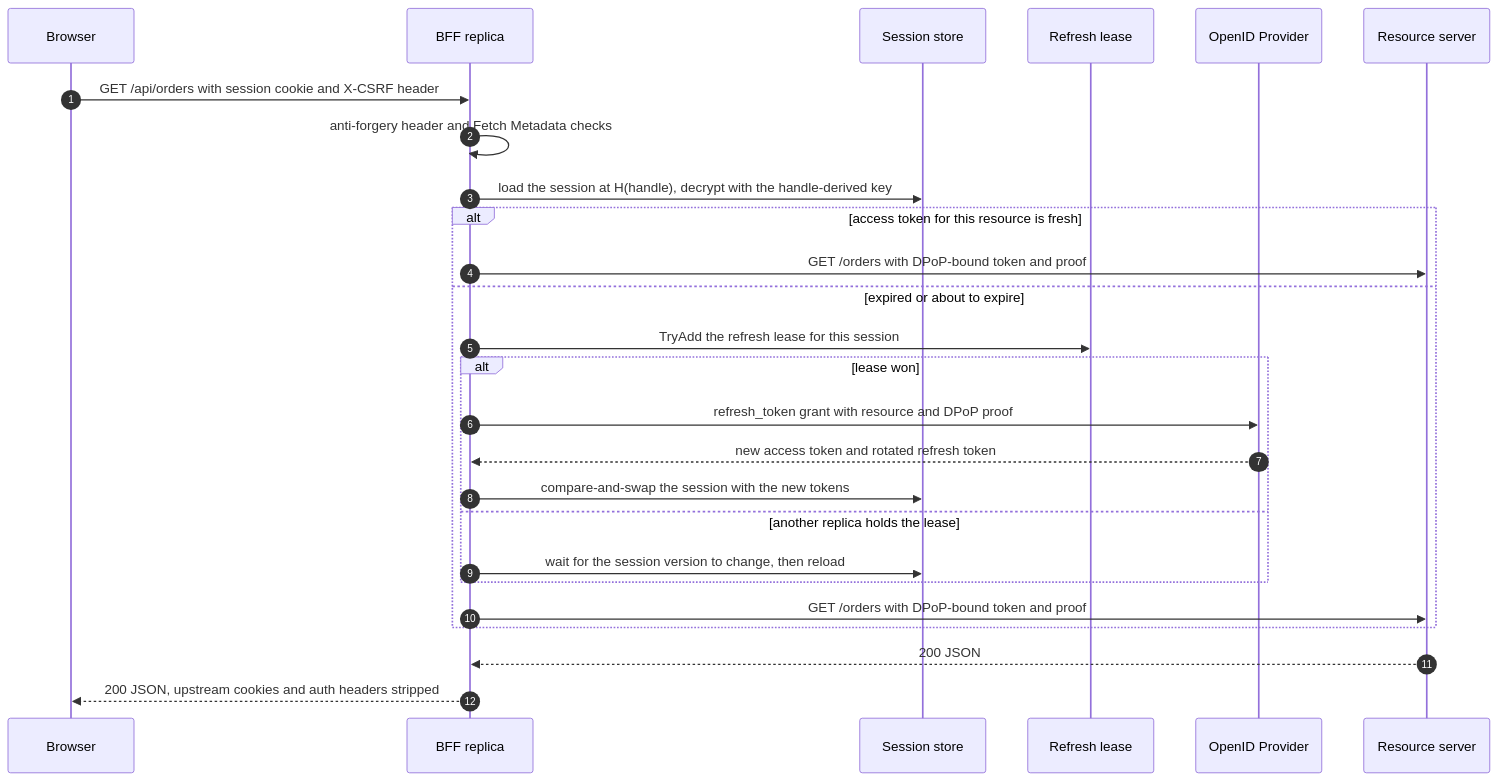
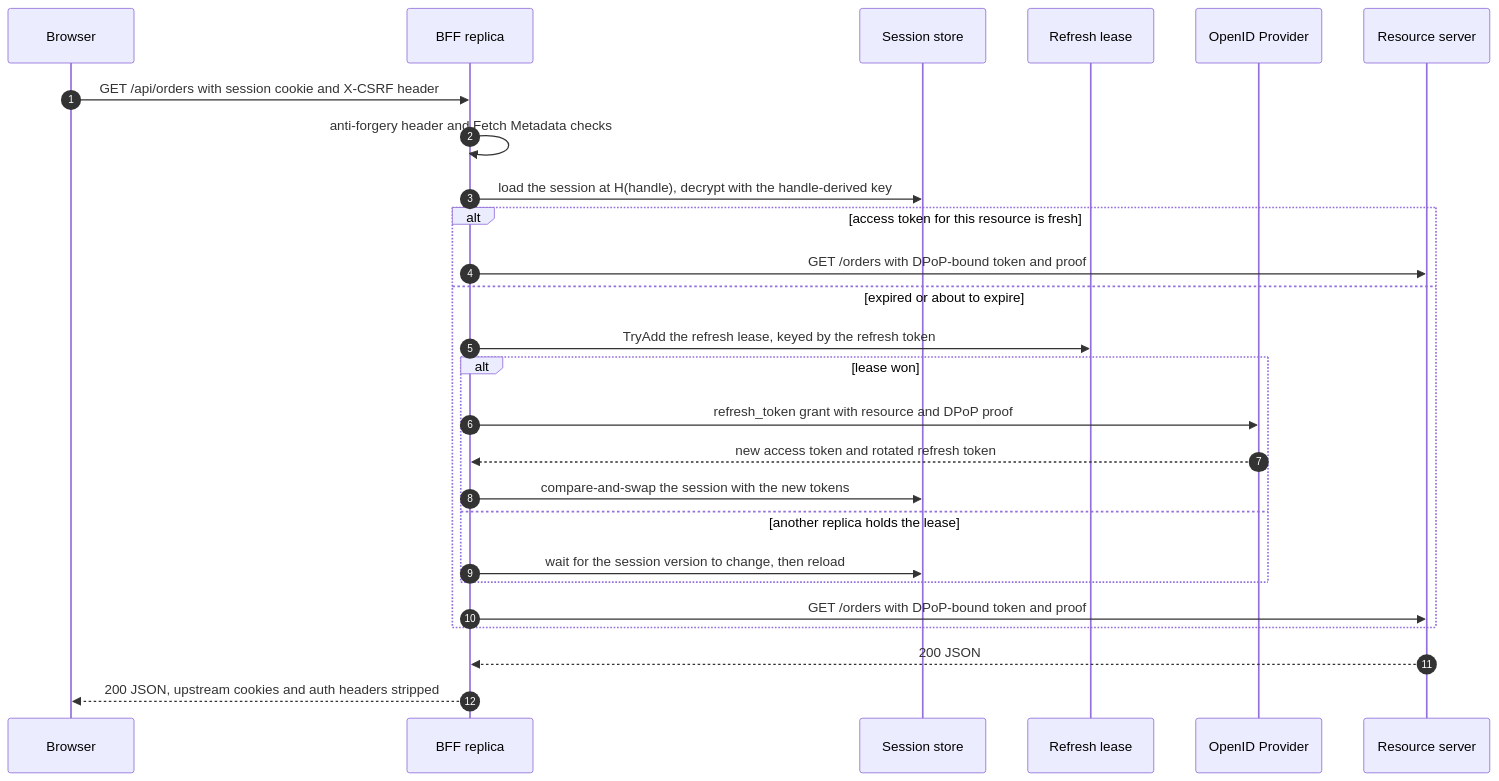
The fourth of 4 diagrams in docs/backend-for-frontend.md (NCodeGroup/Identity), drawn with Mermaid before and after one commit. The commit also changed other lines of this file and 519 other files, not shown here.

````diff
--- a/docs/backend-for-frontend.md
+++ b/docs/backend-for-frontend.md
@@ -468,28 +496,28 @@
 ```mermaid
 sequenceDiagram
     autonumber
     participant B as Browser
     participant F as BFF replica
     participant S as Session store
     participant L as Refresh lease
     participant O as OpenID Provider
     participant R as Resource server
     B->>F: GET /api/orders with session cookie and X-CSRF header
     F->>F: anti-forgery header and Fetch Metadata checks
     F->>S: load the session at H(handle), decrypt with the handle-derived key
     alt access token for this resource is fresh
         F->>R: GET /orders with DPoP-bound token and proof
     else expired or about to expire
-        F->>L: TryAdd the refresh lease for this session
+        F->>L: TryAdd the refresh lease, keyed by the refresh token
         alt lease won
             F->>O: refresh_token grant with resource and DPoP proof
             O-->>F: new access token and rotated refresh token
             F->>S: compare-and-swap the session with the new tokens
         else another replica holds the lease
             F->>S: wait for the session version to change, then reload
         end
         F->>R: GET /orders with DPoP-bound token and proof
     end
     R-->>F: 200 JSON
     F-->>B: 200 JSON, upstream cookies and auth headers stripped
 ```
````
